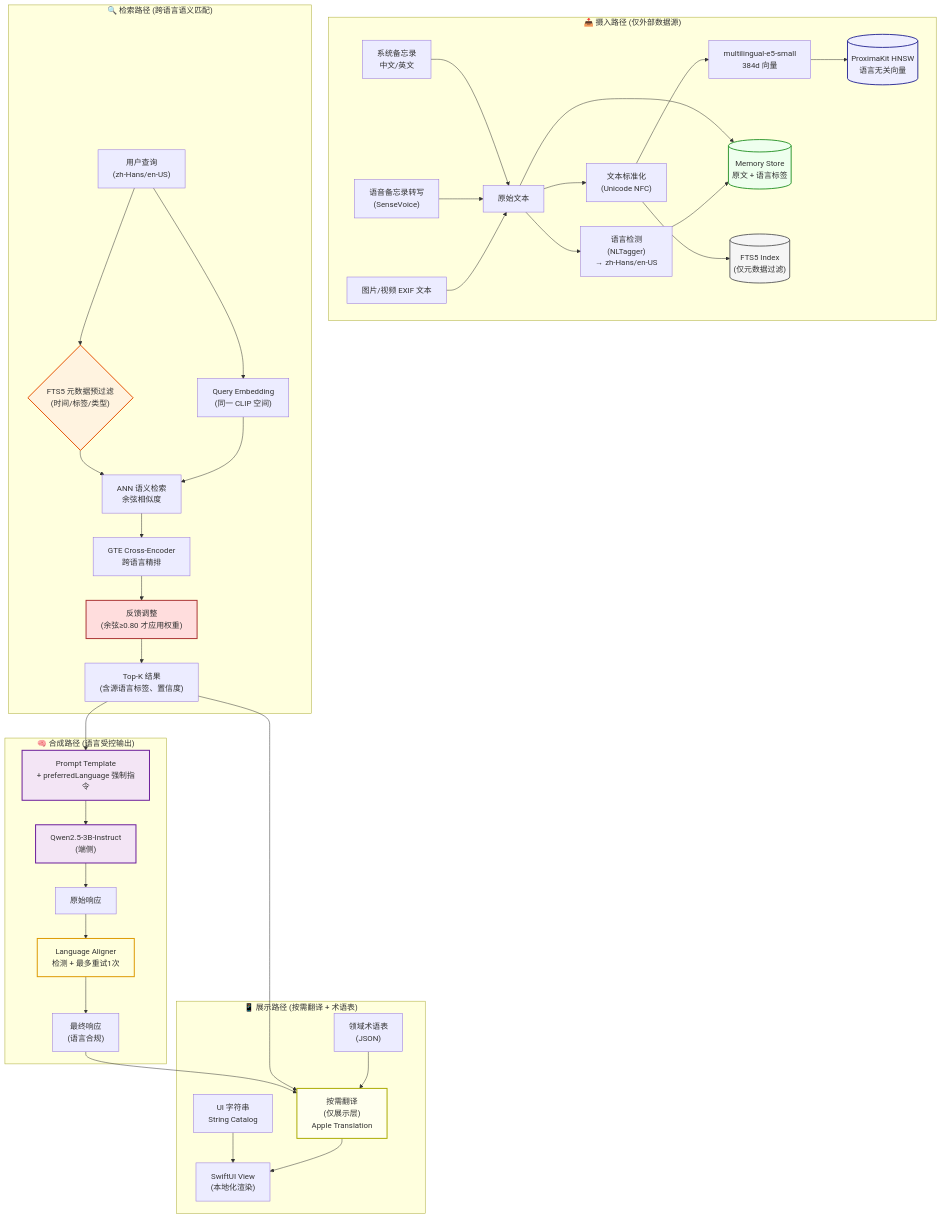
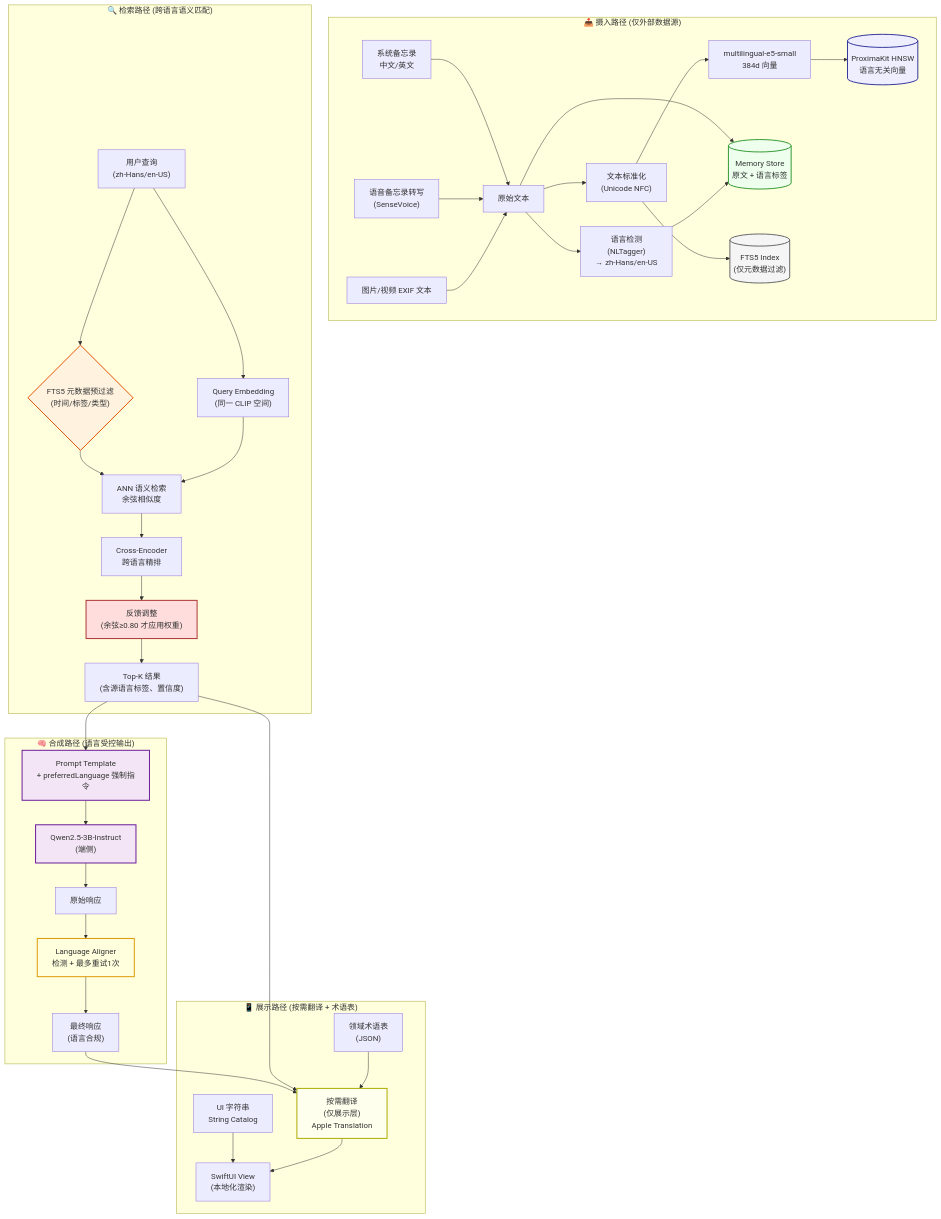
The first of 3 diagrams in docs/03-implementation/双语言实现说明文档.md (logan-suu/Echo), drawn with Mermaid before and after one commit. The commit also changed other lines of this file and 12 other files, not shown here.

```diff
--- a/docs/03-implementation/双语言实现说明文档.md
+++ b/docs/03-implementation/双语言实现说明文档.md
@@ -74,7 +74,7 @@
         QEmbed["Query Embedding<br/>(同一 CLIP 空间)"]
         PreFilter{"FTS5 元数据预过滤<br/>(时间/标签/类型)"}
         ANNSearch["ANN 语义检索<br/>余弦相似度"]
-        Rerank["GTE Cross-Encoder<br/>跨语言精排"]
+        Rerank["Cross-Encoder<br/>跨语言精排"]
         Feedback["反馈调整<br/>(余弦≥0.80 才应用权重)"]
         Results["Top-K 结果<br/>(含源语言标签、置信度)"]
 
```
